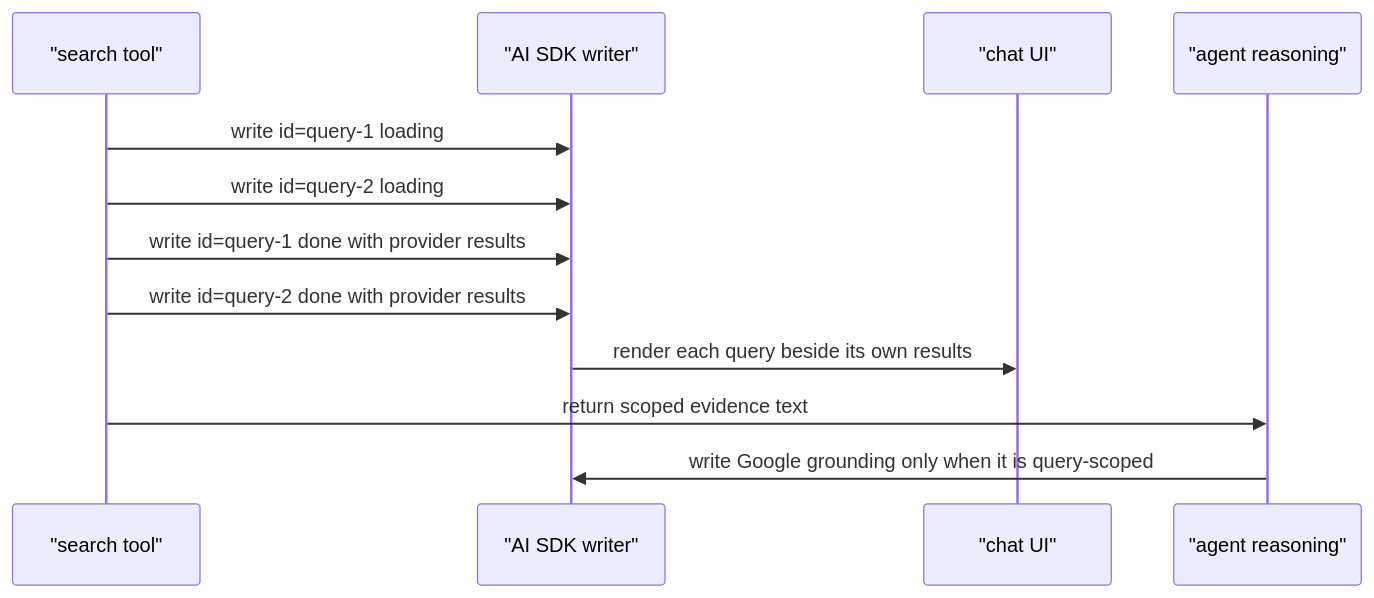
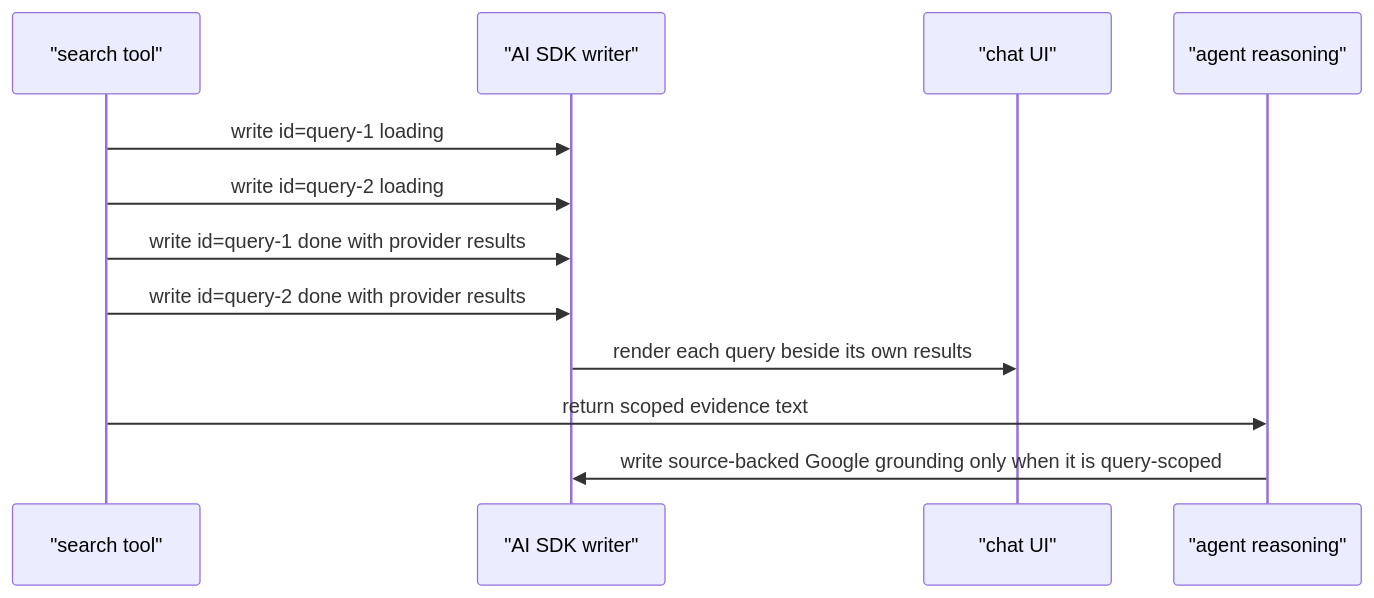
One commit to nakafaai/nakafa.com changed the third of 3 diagrams in packages/ai/agents/docs/query-scoped-search.md. Above: the diagram before and after it, drawn with Mermaid. The commit also changed other lines of this file and 71 other files, not shown here.

````diff
--- a/packages/ai/agents/docs/query-scoped-search.md
+++ b/packages/ai/agents/docs/query-scoped-search.md
@@ -52,15 +54,15 @@
 ```mermaid
 sequenceDiagram
   participant Tool as "search tool"
   participant Stream as "AI SDK writer"
   participant UI as "chat UI"
   participant Agent as "agent reasoning"
 
   Tool->>Stream: write id=query-1 loading
   Tool->>Stream: write id=query-2 loading
   Tool->>Stream: write id=query-1 done with provider results
   Tool->>Stream: write id=query-2 done with provider results
   Stream->>UI: render each query beside its own results
   Tool->>Agent: return scoped evidence text
-  Agent->>Stream: write Google grounding only when it is query-scoped
+  Agent->>Stream: write source-backed Google grounding only when it is query-scoped
 ```
````
